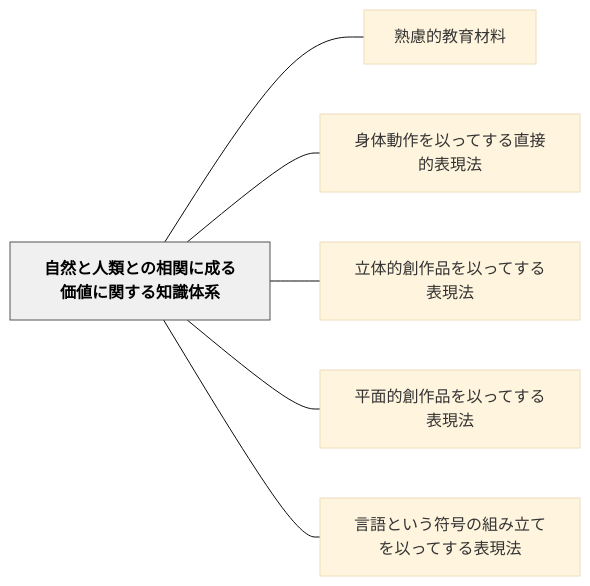
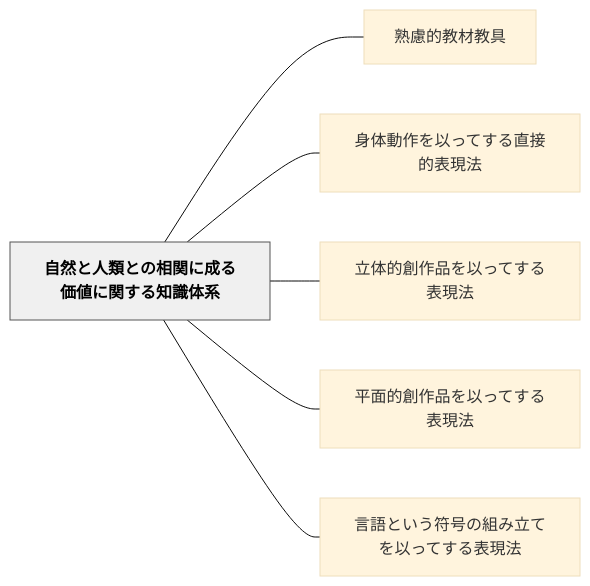
Before and after one commit to unknownthings-ed-patterns/unknownthings-ed-patterns: the diagram in content/パタン/自然と人類との相関に成る価値に関する知識体系.md, drawn with Mermaid (base theme). The commit also changed other lines of this file and 72 other files, not shown here.

````diff
--- a/content/パタン/自然と人類との相関に成る価値に関する知識体系.md
+++ b/content/パタン/自然と人類との相関に成る価値に関する知識体系.md
@@ -45,18 +45,18 @@
 ```mermaid
 flowchart LR
     ne887aae784b6e381a8e4babae9a19ee381a8e381aee79bb8e996a2e381abe68890e3828be4bea1e580a4e381abe996a2e38199e3828be79fa5e8ad98e4bd93e7b3bb["自然と人類との相関に成る価値に関する知識体系"]
-    ne7869fe685aee79a84e69599e882b2e69d90e69699["熟慮的教育材料"]
+    ne7869fe685aee79a84e69599e69d90e69599e585b7["熟慮的教材教具"]
     ne8baabe4bd93e58b95e4bd9ce38292e4bba5e381a3e381a6e38199e3828be79bb4e68ea5e79a84e8a1a8e78fbee6b395["身体動作を以ってする直接的表現法"]
     ne7ab8be4bd93e79a84e589b5e4bd9ce59381e38292e4bba5e381a3e381a6e38199e3828be8a1a8e78fbee6b395["立体的創作品を以ってする表現法"]
     ne5b9b3e99da2e79a84e589b5e4bd9ce59381e38292e4bba5e381a3e381a6e38199e3828be8a1a8e78fbee6b395["平面的創作品を以ってする表現法"]
     ne8a880e8aa9ee381a8e38184e38186e7aca6e58fb7e381aee7b584e381bfe7ab8be381a6e38292e4bba5e381a3e381a6e38199e3828be8a1a8e78fbee6b395["言語という符号の組み立てを以ってする表現法"]
 
-    ne887aae784b6e381a8e4babae9a19ee381a8e381aee79bb8e996a2e381abe68890e3828be4bea1e580a4e381abe996a2e38199e3828be79fa5e8ad98e4bd93e7b3bb --- ne7869fe685aee79a84e69599e882b2e69d90e69699
+    ne887aae784b6e381a8e4babae9a19ee381a8e381aee79bb8e996a2e381abe68890e3828be4bea1e580a4e381abe996a2e38199e3828be79fa5e8ad98e4bd93e7b3bb --- ne7869fe685aee79a84e69599e69d90e69599e585b7
     ne887aae784b6e381a8e4babae9a19ee381a8e381aee79bb8e996a2e381abe68890e3828be4bea1e580a4e381abe996a2e38199e3828be79fa5e8ad98e4bd93e7b3bb --- ne8baabe4bd93e58b95e4bd9ce38292e4bba5e381a3e381a6e38199e3828be79bb4e68ea5e79a84e8a1a8e78fbee6b395
     ne887aae784b6e381a8e4babae9a19ee381a8e381aee79bb8e996a2e381abe68890e3828be4bea1e580a4e381abe996a2e38199e3828be79fa5e8ad98e4bd93e7b3bb --- ne7ab8be4bd93e79a84e589b5e4bd9ce59381e38292e4bba5e381a3e381a6e38199e3828be8a1a8e78fbee6b395
     ne887aae784b6e381a8e4babae9a19ee381a8e381aee79bb8e996a2e381abe68890e3828be4bea1e580a4e381abe996a2e38199e3828be79fa5e8ad98e4bd93e7b3bb --- ne5b9b3e99da2e79a84e589b5e4bd9ce59381e38292e4bba5e381a3e381a6e38199e3828be8a1a8e78fbee6b395
     ne887aae784b6e381a8e4babae9a19ee381a8e381aee79bb8e996a2e381abe68890e3828be4bea1e580a4e381abe996a2e38199e3828be79fa5e8ad98e4bd93e7b3bb --- ne8a880e8aa9ee381a8e38184e38186e7aca6e58fb7e381aee7b584e381bfe7ab8be381a6e38292e4bba5e381a3e381a6e38199e3828be8a1a8e78fbee6b395
 
     classDef hub fill:#f0f0f0,stroke:#555,color:#000,font-weight:bold
     class ne887aae784b6e381a8e4babae9a19ee381a8e381aee79bb8e996a2e381abe68890e3828be4bea1e580a4e381abe996a2e38199e3828be79fa5e8ad98e4bd93e7b3bb hub
 ```
````
